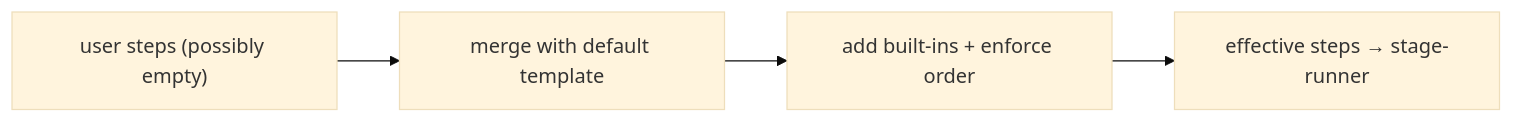
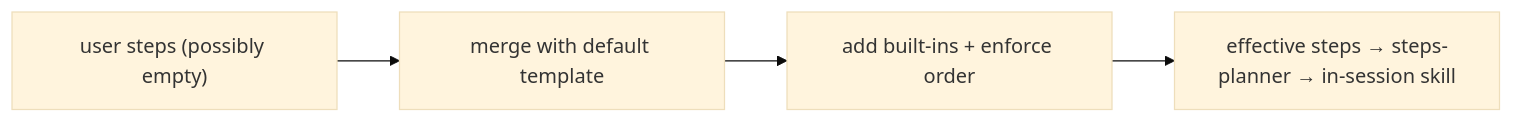
Before and after one commit to chafoo/anchored: the diagram in docs/core/engine/scope/resolve-steps.md, drawn with Mermaid (base theme). The commit also changed 18 other files, not shown here.

````diff
--- a/docs/core/engine/scope/resolve-steps.md
+++ b/docs/core/engine/scope/resolve-steps.md
@@ -23,6 +23,6 @@
 ```mermaid
 flowchart LR
     u["user steps (possibly empty)"] --> m["merge with default template"]
     m --> n["add built-ins + enforce order"]
-    n --> e["effective steps → stage-runner"]
+    n --> e["effective steps → steps-planner → in-session skill"]
 ```
````
